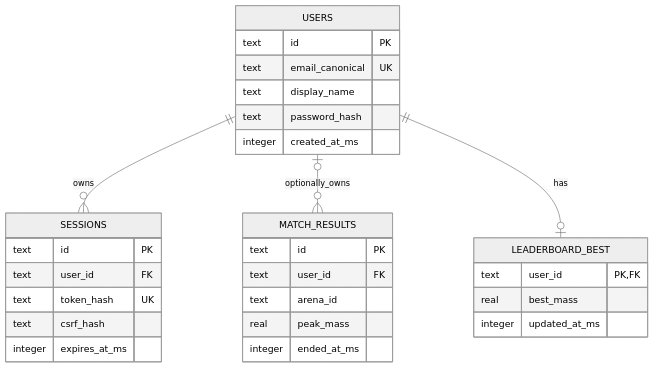
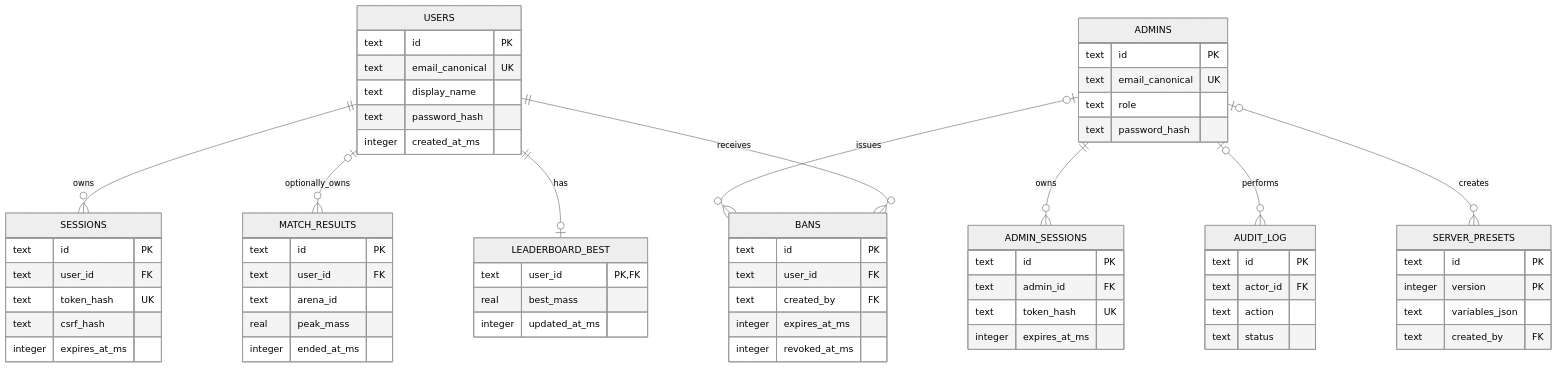
The diagram in docs/DATABASE.md (Indianos/open-agar.io), drawn with Mermaid (neutral theme) before and after one commit. The commit also changed other lines of this file and 8 other files, not shown here.

````diff
--- a/docs/DATABASE.md
+++ b/docs/DATABASE.md
@@ -27,32 +27,68 @@
 ```mermaid
 erDiagram
   USERS ||--o{ SESSIONS : owns
   USERS o|--o{ MATCH_RESULTS : optionally_owns
   USERS ||--o| LEADERBOARD_BEST : has
+  ADMINS ||--o{ ADMIN_SESSIONS : owns
+  ADMINS o|--o{ AUDIT_LOG : performs
+  ADMINS o|--o{ SERVER_PRESETS : creates
+  ADMINS o|--o{ BANS : issues
+  USERS ||--o{ BANS : receives
+  ADMINS {
+    text id PK
+    text email_canonical UK
+    text role
+    text password_hash
+  }
+  ADMIN_SESSIONS {
+    text id PK
+    text admin_id FK
+    text token_hash UK
+    integer expires_at_ms
+  }
+  AUDIT_LOG {
+    text id PK
+    text actor_id FK
+    text action
+    text status
+  }
+  SERVER_PRESETS {
+    text id PK
+    integer version PK
+    text variables_json
+    text created_by FK
+  }
+  BANS {
+    text id PK
+    text user_id FK
+    text created_by FK
+    integer expires_at_ms
+    integer revoked_at_ms
+  }
   USERS {
     text id PK
     text email_canonical UK
     text display_name
     text password_hash
     integer created_at_ms
   }
   SESSIONS {
     text id PK
     text user_id FK
     text token_hash UK
     text csrf_hash
     integer expires_at_ms
   }
   MATCH_RESULTS {
     text id PK
     text user_id FK
     text arena_id
     real peak_mass
     integer ended_at_ms
   }
   LEADERBOARD_BEST {
     text user_id PK, FK
     real best_mass
     integer updated_at_ms
   }
 ```
````
